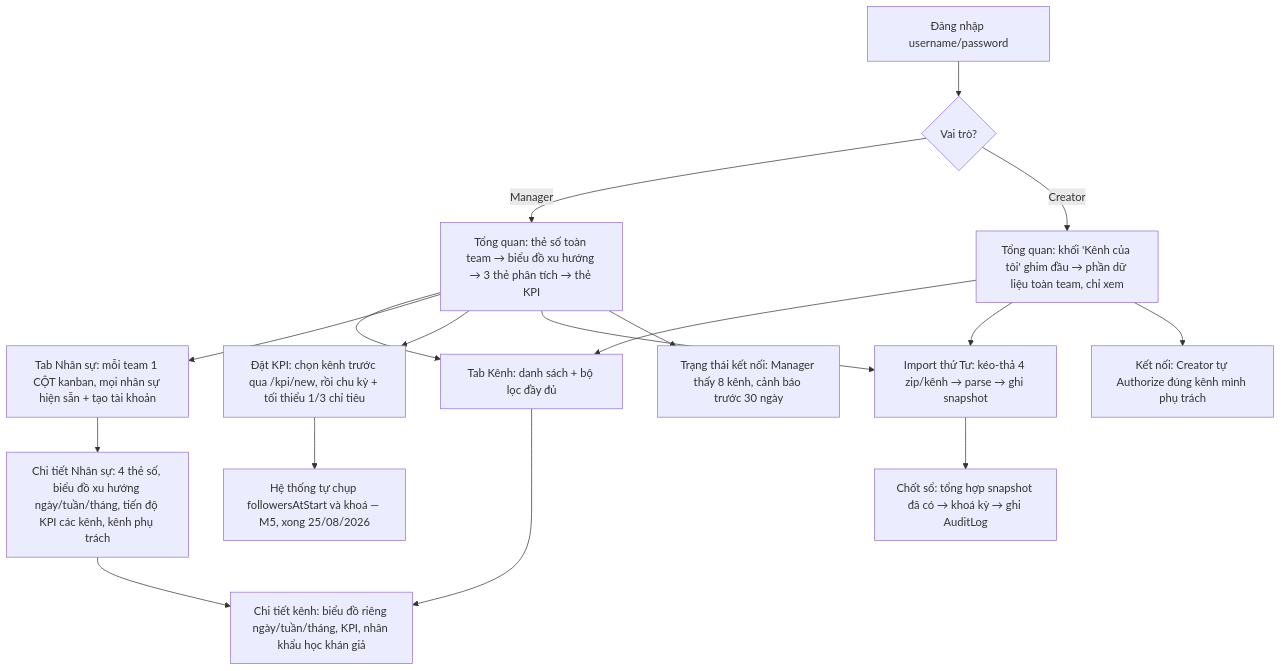
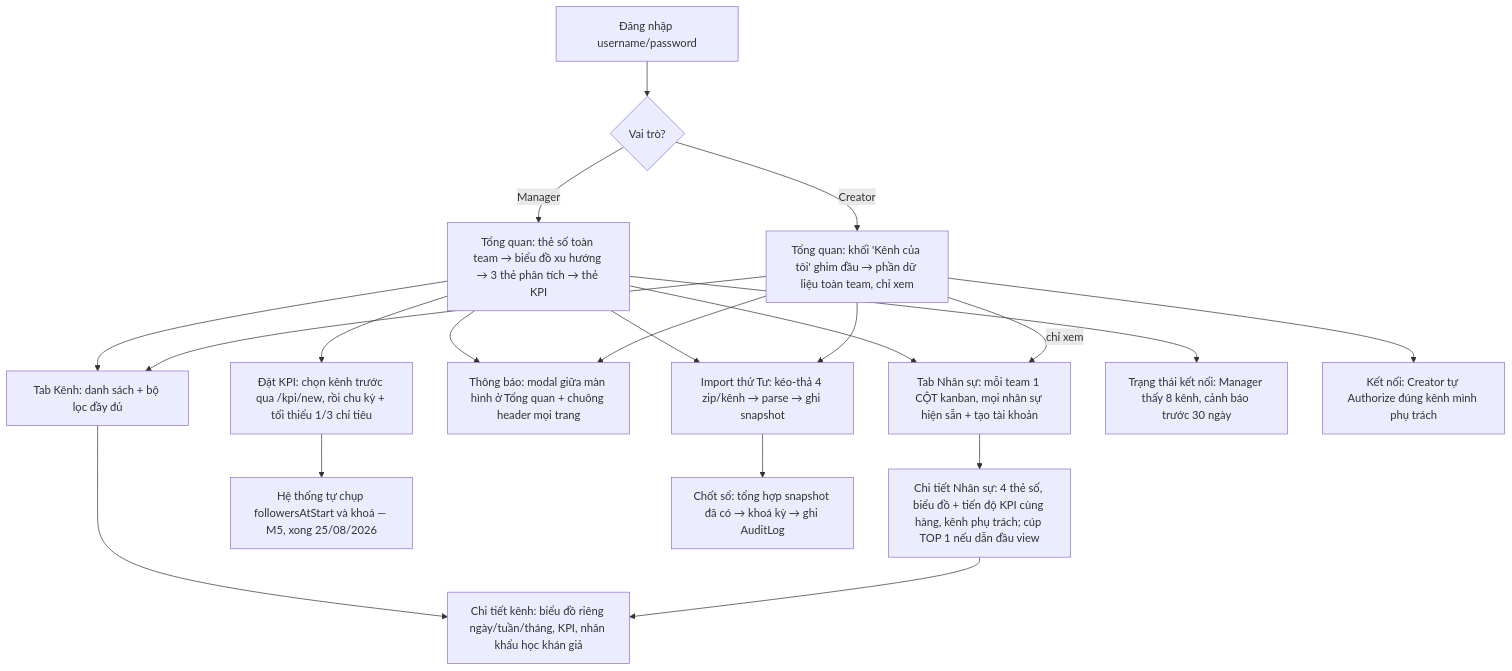
The diagram in docs/USER_FLOW.md (duytienitptit/ahd-dashboard), drawn with Mermaid before and after one commit. The commit also changed other lines of this file and 6 other files, not shown here.

First line of the commit message:
docs: cơ chế thông báo + cúp TOP 1 + Nhân sự mở cho Creator

````diff
--- a/docs/USER_FLOW.md
+++ b/docs/USER_FLOW.md
@@ -7,22 +7,26 @@
 ```mermaid
 flowchart TD
     A[Đăng nhập username/password] --> B{Vai trò?}
 
     B -- Manager --> M1[Tổng quan: thẻ số toàn team → biểu đồ xu hướng → 3 thẻ phân tích → thẻ KPI]
     B -- Creator --> C1[Tổng quan: khối 'Kênh của tôi' ghim đầu → phần dữ liệu toàn team, chỉ xem]
 
     M1 --> M2[Tab Kênh: danh sách + bộ lọc đầy đủ]
     C1 --> M2
     M2 --> M3[Chi tiết kênh: biểu đồ riêng ngày/tuần/tháng, KPI, nhân khẩu học khán giả]
 
     M1 --> M4[Tab Nhân sự: mỗi team 1 CỘT kanban, mọi nhân sự hiện sẵn + tạo tài khoản]
-    M4 --> M4a[Chi tiết Nhân sự: 4 thẻ số, biểu đồ xu hướng ngày/tuần/tháng, tiến độ KPI các kênh, kênh phụ trách]
+    C1 -- chỉ xem --> M4
+    M4 --> M4a[Chi tiết Nhân sự: 4 thẻ số, biểu đồ + tiến độ KPI cùng hàng, kênh phụ trách; cúp TOP 1 nếu dẫn đầu view]
     M4a --> M3
+
+    M1 --> N1[Thông báo: modal giữa màn hình ở Tổng quan + chuông header mọi trang]
+    C1 --> N1
     M1 --> M5[Đặt KPI: chọn kênh trước qua /kpi/new, rồi chu kỳ + tối thiểu 1/3 chỉ tiêu]
     M5 --> M6[Hệ thống tự chụp followersAtStart và khoá — M5, xong 25/08/2026]
     M1 --> I1[Import thứ Tư: kéo-thả 4 zip/kênh → parse → ghi snapshot]
     C1 --> I1
     I1 --> M7[Chốt sổ: tổng hợp snapshot đã có → khoá kỳ → ghi AuditLog]
     M1 --> T1[Trạng thái kết nối: Manager thấy 8 kênh, cảnh báo trước 30 ngày]
     C1 --> T2[Kết nối: Creator tự Authorize đúng kênh mình phụ trách]
 ```
````
